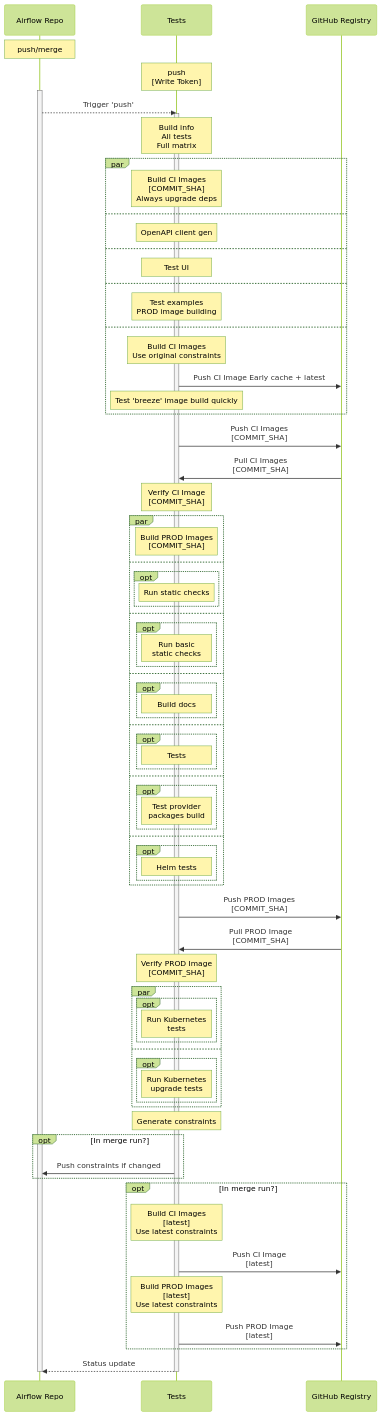
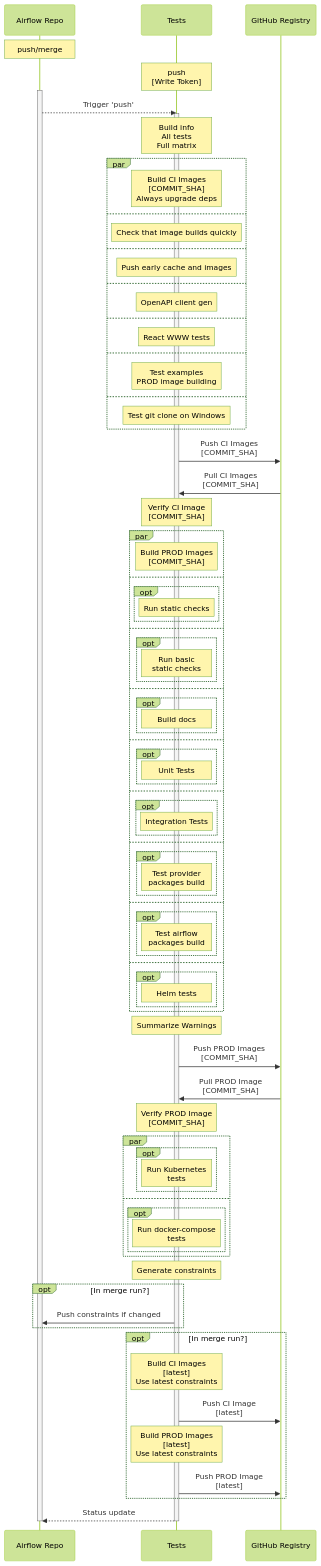
The third of 4 diagrams in CI_DIAGRAMS.md (GoogleCloudPlatform/composer-airflow), drawn with Mermaid (forest theme) before and after one commit. The commit also changed other lines of this file and 2 other files, not shown here.

First line of the commit message:
Refresh the CI documentation to reflect latest changes (#29217)

```diff
--- a/CI_DIAGRAMS.md
+++ b/CI_DIAGRAMS.md
@@ -191,15 +223,17 @@
     par
         Note over Tests: Build CI Images<br>[COMMIT_SHA]<br>Always upgrade deps
     and
+        Note over Tests: Check that image builds quickly
+    and
+        Note over Tests: Push early cache and images
+    and
         Note over Tests: OpenAPI client gen
     and
-        Note over Tests: Test UI
+        Note over Tests: React WWW tests
     and
         Note over Tests: Test examples<br>PROD image building
     and
-        Note over Tests: Build CI Images<br>Use original constraints
-        Tests ->> GitHub Registry: Push CI Image Early cache + latest
-        Note over Tests: Test 'breeze' image build quickly
+        Note over Tests: Test git clone on Windows
     end
     Tests ->> GitHub Registry: Push CI Images<br>[COMMIT_SHA]
     GitHub Registry ->> Tests: Pull CI Images<br>[COMMIT_SHA]
@@ -220,7 +254,11 @@
         end
     and
         opt
-            Note over Tests: Tests
+            Note over Tests: Unit Tests
+        end
+    and
+        opt
+            Note over Tests: Integration Tests
         end
     and
         opt
@@ -228,9 +266,14 @@
         end
     and
         opt
+            Note over Tests: Test airflow <br>packages build
+        end
+    and
+        opt
             Note over Tests: Helm tests
         end
     end
+    Note over Tests: Summarize Warnings
     Tests ->> GitHub Registry: Push PROD Images<br>[COMMIT_SHA]
     GitHub Registry ->> Tests: Pull PROD Image<br>[COMMIT_SHA]
     Note over Tests: Verify PROD Image<br>[COMMIT_SHA]
@@ -240,7 +283,7 @@
         end
     and
         opt
-            Note over Tests: Run Kubernetes <br>upgrade tests
+            Note over Tests: Run docker-compose <br>tests
         end
     end
     Note over Tests: Generate constraints
```
